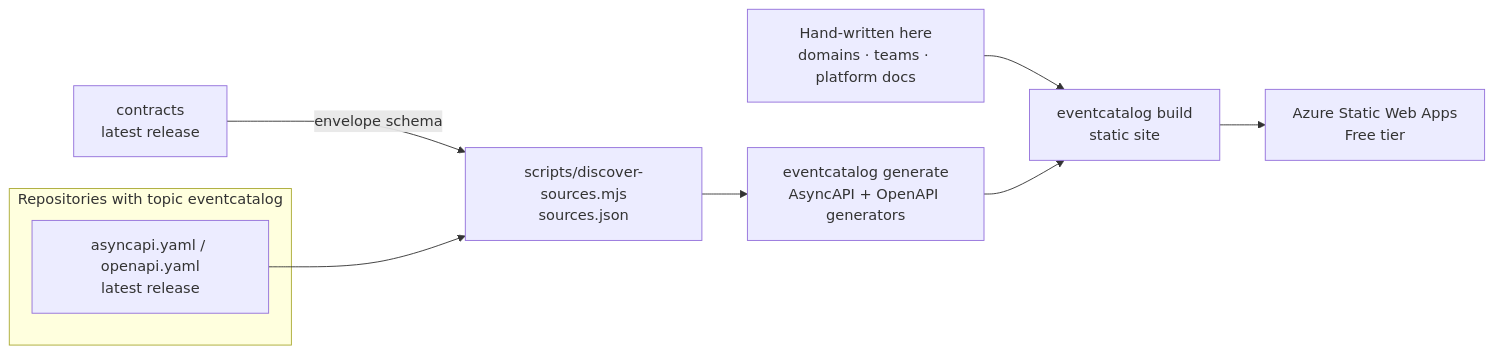
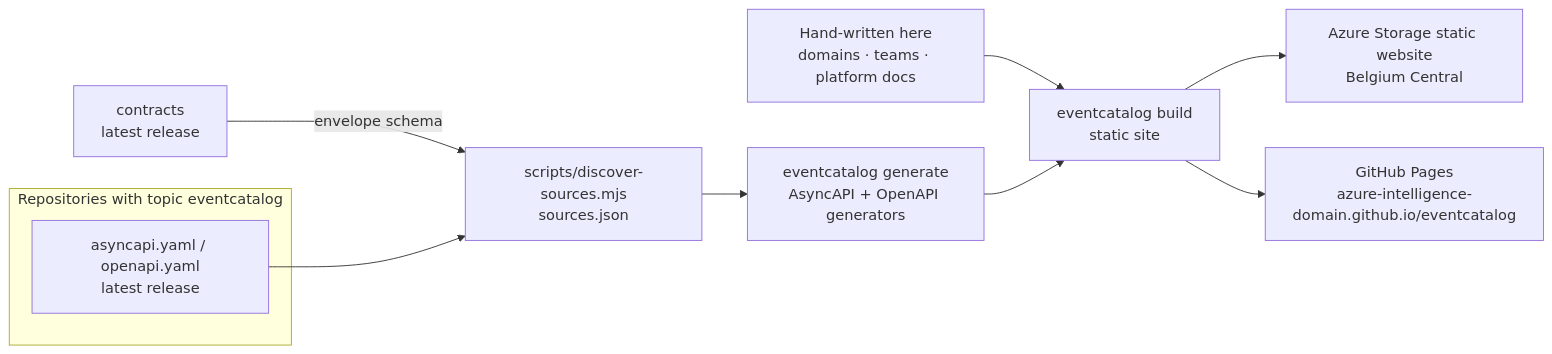
Before and after one commit to azure-intelligence-domain/eventcatalog: the diagram in README.md, drawn with Mermaid. The commit also changed other lines of this file and 8 other files, not shown here.

First line of the commit message:
Publish the catalog on GitHub Pages too

````diff
--- a/README.md
+++ b/README.md
@@ -12,12 +12,13 @@
 ```mermaid
 flowchart LR
     subgraph repos["Repositories with topic eventcatalog"]
         a["asyncapi.yaml / openapi.yaml<br/>latest release"]
     end
     contracts["contracts<br/>latest release"] -- "envelope schema" --> discover
     a --> discover["scripts/discover-sources.mjs<br/>sources.json"]
     discover --> generate["eventcatalog generate<br/>AsyncAPI + OpenAPI generators"]
     hand["Hand-written here<br/>domains · teams · platform docs"] --> build
     generate --> build["eventcatalog build<br/>static site"]
-    build --> swa["Azure Static Web Apps<br/>Free tier"]
+    build --> storage["Azure Storage static website<br/>Belgium Central"]
+    build --> pages["GitHub Pages<br/>azure-intelligence-domain.github.io/eventcatalog"]
 ```
````
